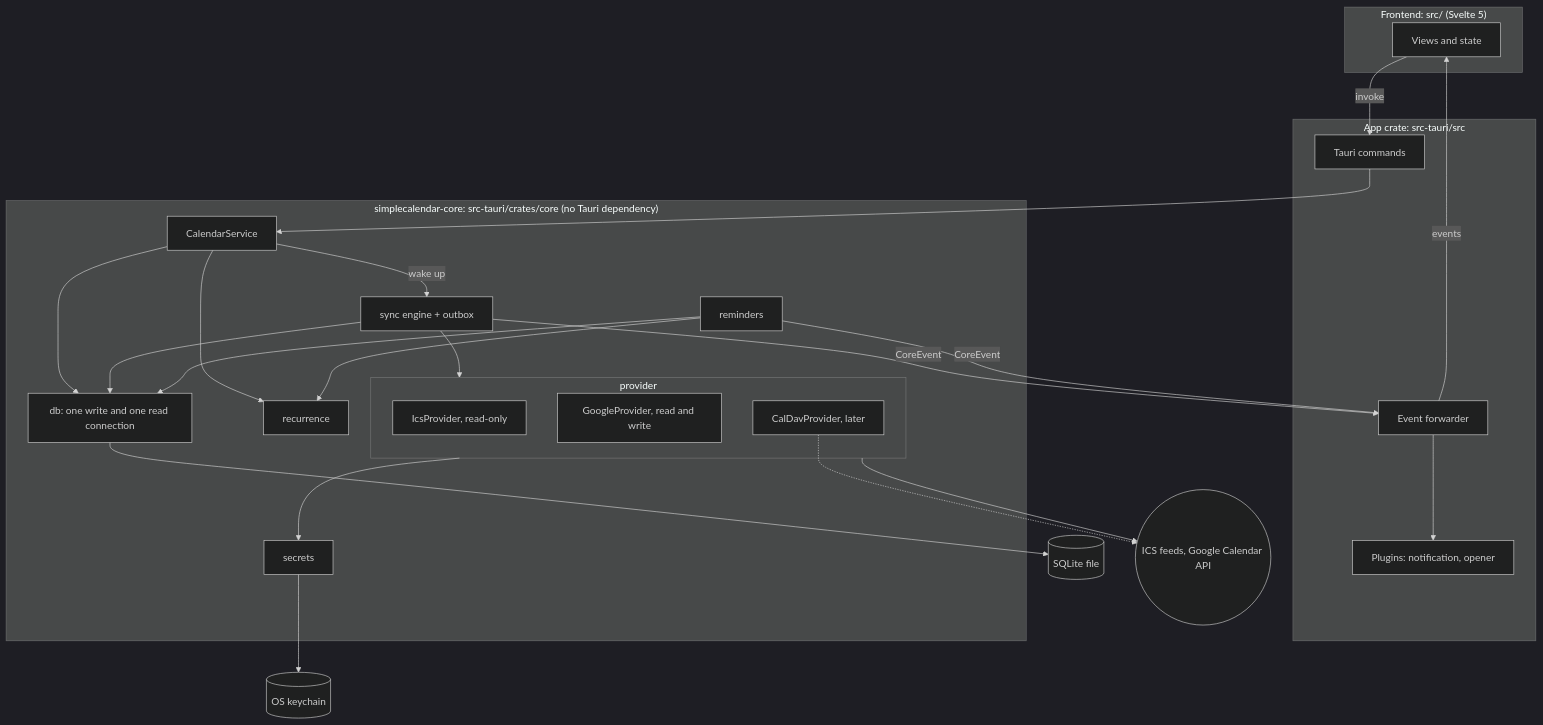
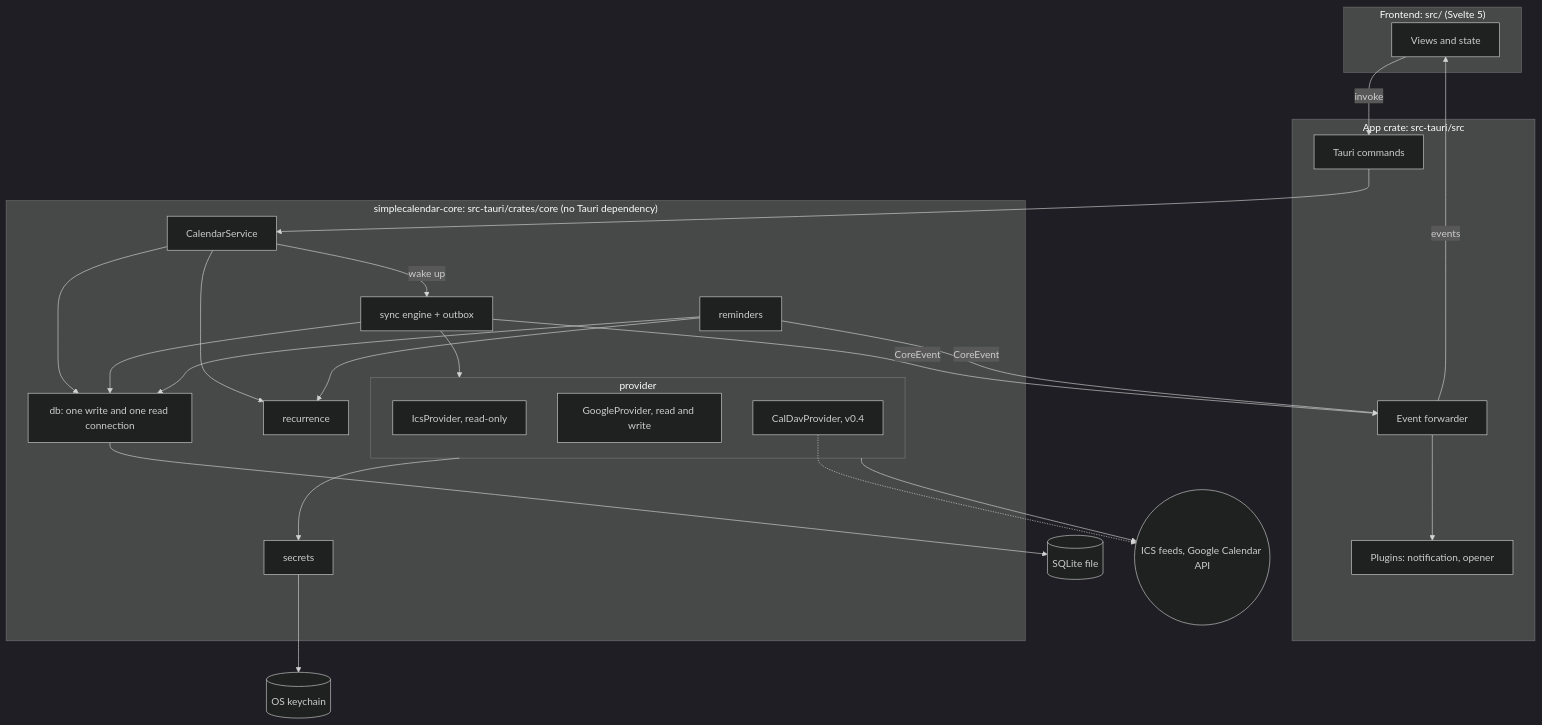
The first of 2 diagrams in docs/architecture.md (Adriaan-Cloet/SimpleCalendar), drawn with Mermaid (dark theme) before and after one commit. The commit also changed other lines of this file and 2 other files, not shown here.

First line of the commit message:
docs: add roadmap v0.1 to v1.0

````diff
--- a/docs/architecture.md
+++ b/docs/architecture.md
@@ -64,49 +64,49 @@
 ```mermaid
 flowchart TB
     subgraph FE["Frontend: src/ (Svelte 5)"]
         UI["Views and state"]
     end
 
     subgraph APP["App crate: src-tauri/src"]
         CMD["Tauri commands"]
         FWD["Event forwarder"]
         PLG["Plugins: notification, opener"]
     end
 
     subgraph CORE["simplecalendar-core: src-tauri/crates/core (no Tauri dependency)"]
         SVC["CalendarService"]
         REC["recurrence"]
         REM["reminders"]
         DB["db: one write and one read connection"]
         ENG["sync engine + outbox"]
         SEC["secrets"]
         subgraph PRV["provider"]
             ICS["IcsProvider, read-only"]
             GOO["GoogleProvider, read and write"]
-            DAV["CalDavProvider, later"]
+            DAV["CalDavProvider, v0.4"]
         end
     end
 
     SQL[("SQLite file")]
     KEY[("OS keychain")]
     NET(("ICS feeds, Google Calendar API"))
 
     UI -->|invoke| CMD
     FWD -->|events| UI
     CMD --> SVC
     SVC --> REC
     SVC --> DB
     SVC -->|wake up| ENG
     ENG --> DB
     ENG --> PRV
     REM --> DB
     REM --> REC
     PRV --> SEC
     PRV --> NET
     DB --> SQL
     SEC --> KEY
     ENG -->|CoreEvent| FWD
     REM -->|CoreEvent| FWD
     FWD --> PLG
     DAV -.-> NET
 ```
````
